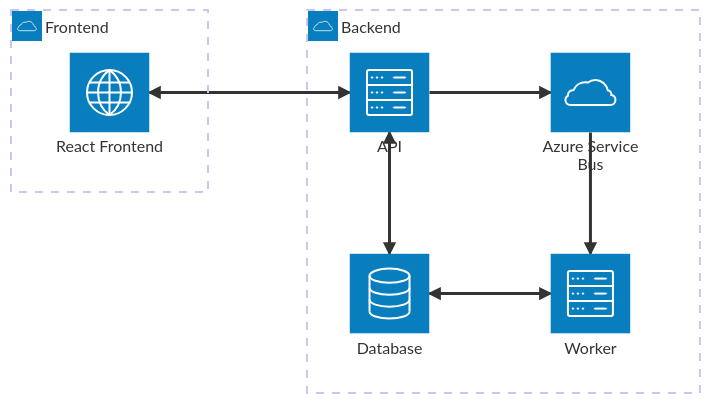
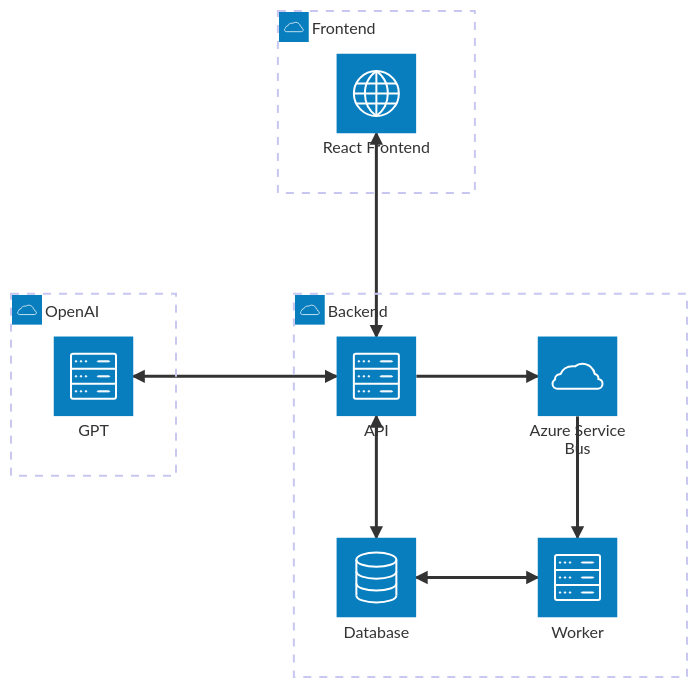
Before and after one commit to Rafael-Nunes-Silva/projeto-poc-tmb: the diagram in README.md, drawn with Mermaid. The commit also changed other lines of this file, not shown here.

Commit message:
Atualização das instruções e diagrama da arquitetura

````diff
--- a/README.md
+++ b/README.md
@@ -6,20 +6,24 @@
 ```mermaid
 architecture-beta
     group backend(cloud)[Backend]
     group frontend(cloud)[Frontend]
+    group openai(cloud)[OpenAI]
 
     service db(database)[Database] in backend
     service api(server)[API] in backend
     service worker(server)[Worker] in backend
     service servicebus(cloud)[Azure Service Bus] in backend
 
     service react(internet)[React Frontend] in frontend
 
+    service gpt(server)[GPT] in openai
+
     db:T <--> B:api
     db:R <--> L:worker
     api:R --> L:servicebus
     worker:T <-- B:servicebus
     
-    react:R <--> L:api
+    react:B <--> T:api
 
+    gpt:R <--> L:api
 ```
````
